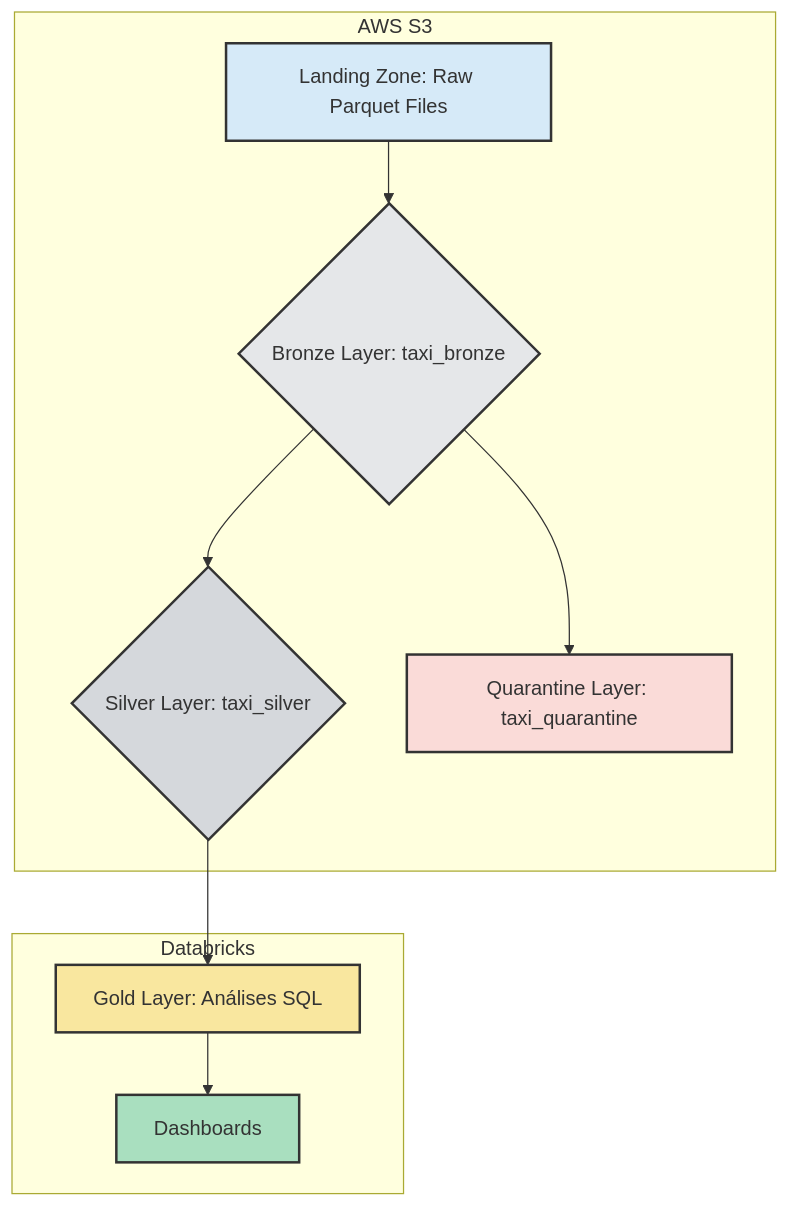
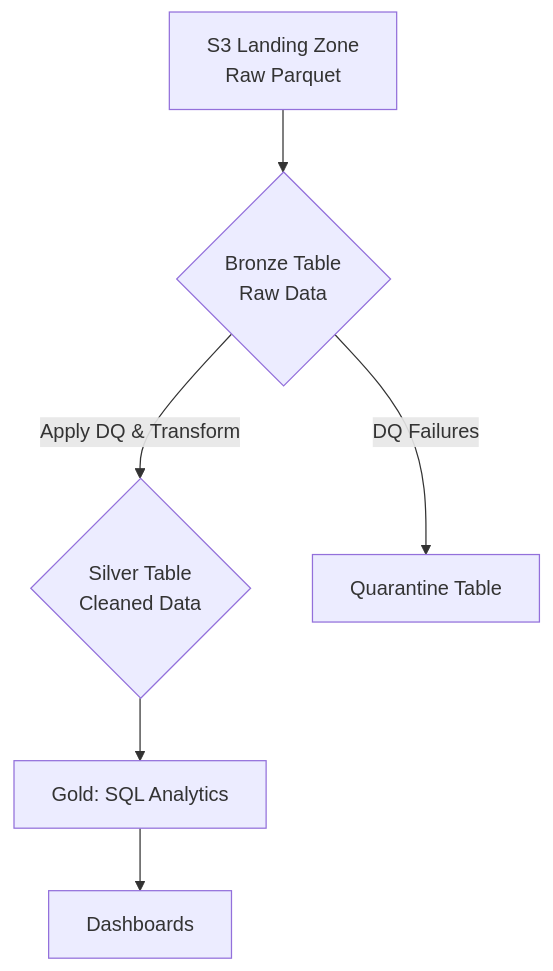
One commit to brunobta/ifood-case changed the diagram in README.md. Above: the diagram before and after it, drawn with Mermaid.

````diff
--- a/README.md
+++ b/README.md
@@ -9,20 +9,8 @@
 ```mermaid
-graph TD
-    subgraph AWS S3
-        A[Landing Zone: Raw Parquet Files] --> B{Bronze Layer: taxi_bronze};
-        B --> C{Silver Layer: taxi_silver};
-        B --> D[Quarantine Layer: taxi_quarantine];
-    end
-
-    subgraph Databricks
-        C --> E[Gold Layer: Análises SQL];
-        E --> F[Dashboards];
-    end
-
-    style A fill:#D6EAF8,stroke:#333,stroke-width:2px
-    style B fill:#E5E7E9,stroke:#333,stroke-width:2px
-    style C fill:#D5D8DC,stroke:#333,stroke-width:2px
-    style D fill:#FADBD8,stroke:#333,stroke-width:2px
-    style E fill:#F9E79F,stroke:#333,stroke-width:2px
-    style F fill:#A9DFBF,stroke:#333,stroke-width:2px
+graph TD;
+    A[S3 Landing Zone <br> Raw Parquet] --> B{Bronze Table <br> Raw Data};
+    B --> |Apply DQ & Transform| C{Silver Table <br> Cleaned Data};
+    B --> |DQ Failures| D[Quarantine Table];
+    C --> E[Gold: SQL Analytics];
+    E --> F[Dashboards];
 ```
````
